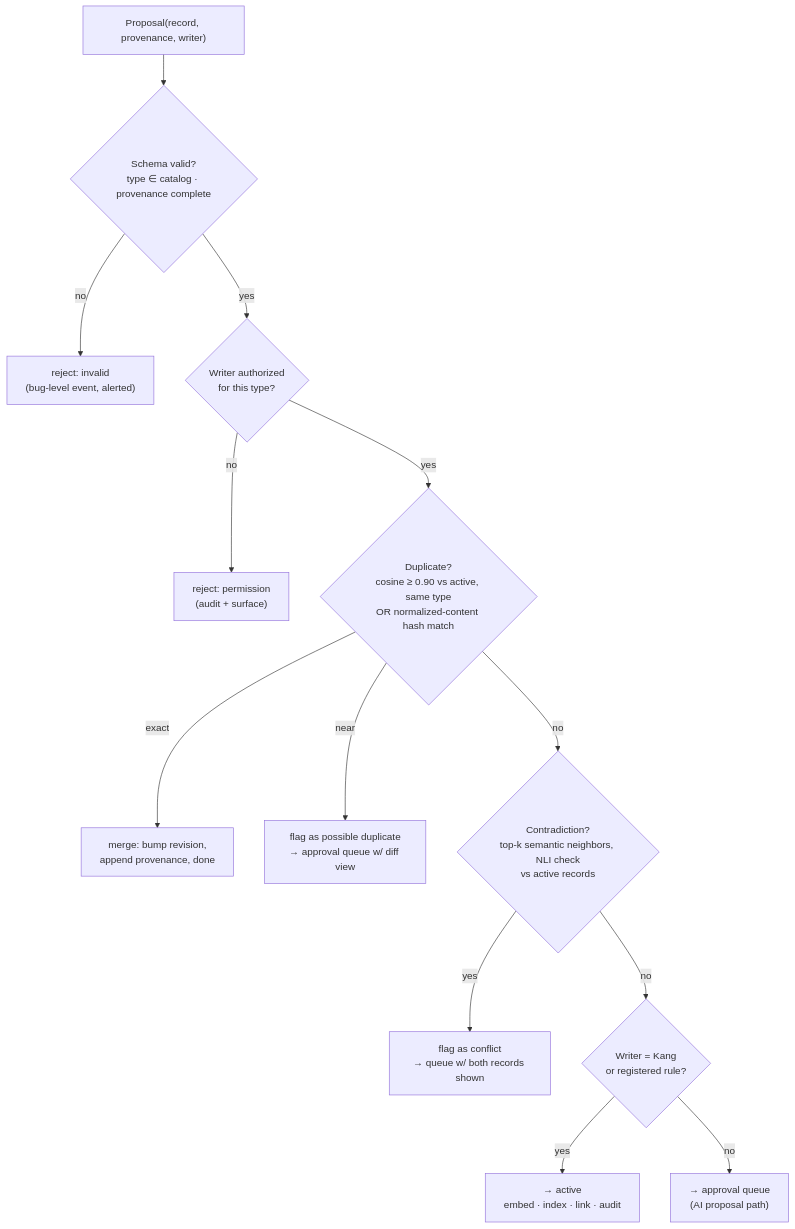
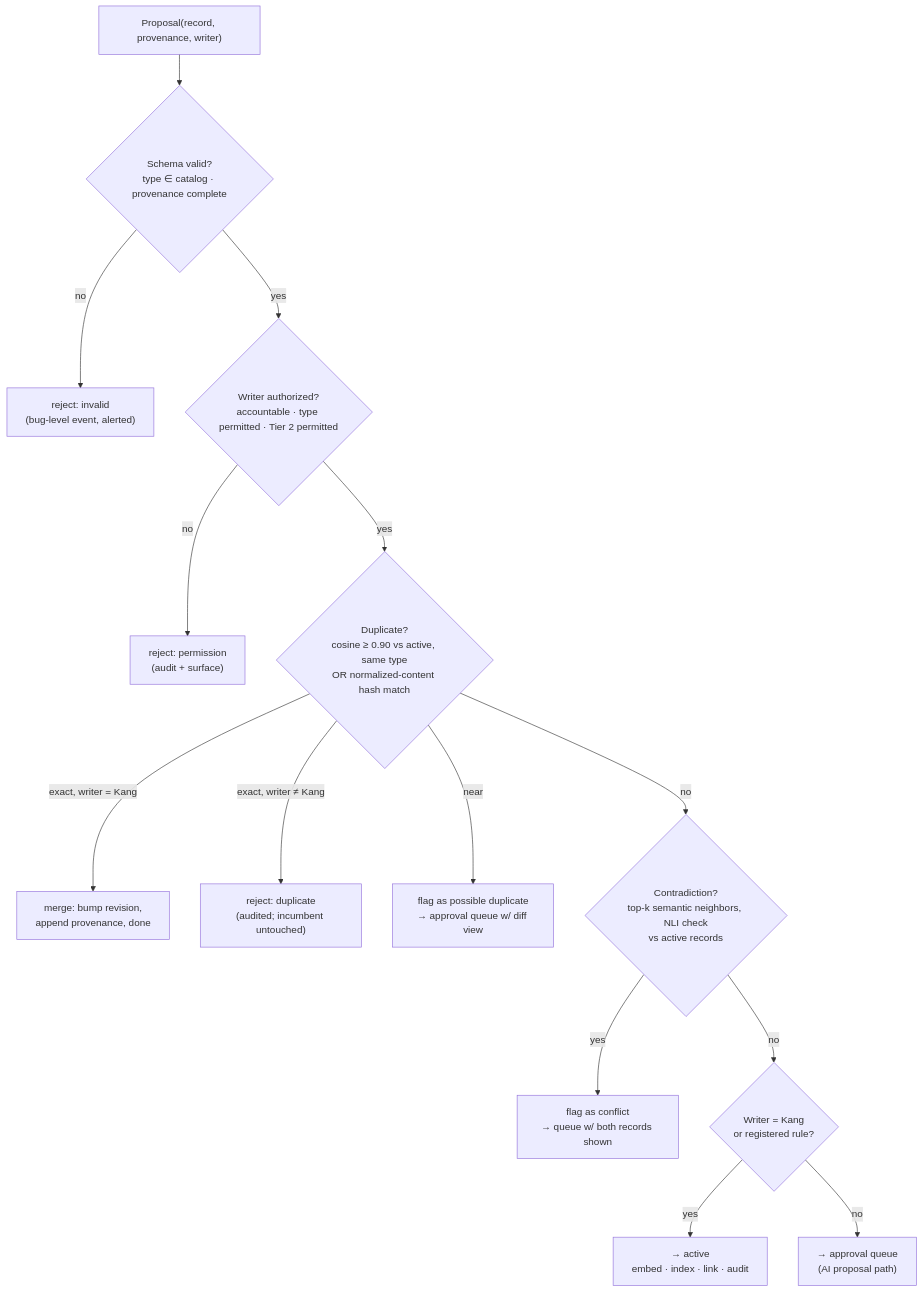
One commit to maybenot229/KANG-agenticos changed the second of 2 diagrams in docs/06_MEMORY.md. Above: the diagram before and after it, drawn with Mermaid. The commit also changed other lines of this file and 11 other files, not shown here.

First line of the commit message:
fix(memory): close the gate merge and tier holes (ADR-052)

````diff
--- a/docs/06_MEMORY.md
+++ b/docs/06_MEMORY.md
@@ -242,15 +244,16 @@
 ```mermaid
 flowchart TB
     P["Proposal(record, provenance, writer)"] --> V1{"Schema valid?<br/>type ∈ catalog · provenance complete"}
     V1 -- no --> REJ["reject: invalid<br/>(bug-level event, alerted)"]
-    V1 -- yes --> V2{"Writer authorized<br/>for this type?"}
+    V1 -- yes --> V2{"Writer authorized?<br/>accountable · type permitted · Tier 2 permitted"}
     V2 -- no --> REJ2["reject: permission<br/>(audit + surface)"]
     V2 -- yes --> D{"Duplicate?<br/>cosine ≥ 0.90 vs active, same type<br/>OR normalized-content hash match"}
-    D -- exact --> MRG["merge: bump revision,<br/>append provenance, done"]
+    D -- exact, writer = Kang --> MRG["merge: bump revision,<br/>append provenance, done"]
+    D -- exact, writer ≠ Kang --> REJ3["reject: duplicate<br/>(audited; incumbent untouched)"]
     D -- near --> Q1["flag as possible duplicate<br/>→ approval queue w/ diff view"]
     D -- no --> C{"Contradiction?<br/>top-k semantic neighbors, NLI check<br/>vs active records"}
     C -- yes --> Q2["flag as conflict<br/>→ queue w/ both records shown"]
     C -- no --> A{"Writer = Kang<br/>or registered rule?"}
     A -- yes --> ACT["→ active<br/>embed · index · link · audit"]
     A -- no --> Q3["→ approval queue<br/>(AI proposal path)"]
 ```
````
